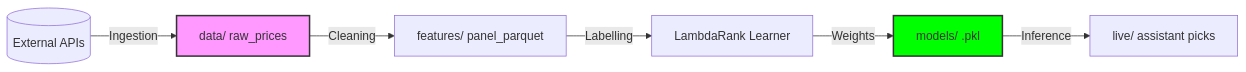
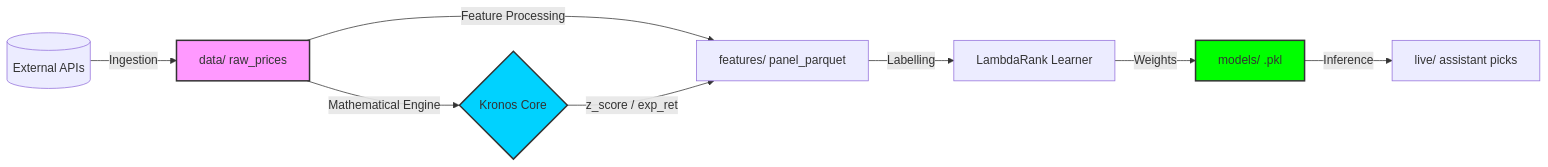
The second of 2 diagrams in README.md (20070316lbw-netizen/Liumon), drawn with Mermaid before and after one commit. The commit also changed other lines of this file and 1 other file, not shown here.

Commit message:
Docs: Update Data Flow to include Kronos Engine as high-order signal provider.

````diff
--- a/README.md
+++ b/README.md
@@ -50,11 +50,14 @@
 ```mermaid
 graph LR
     A[(External APIs)] -- Ingestion --> B[data/ raw_prices]
-    B -- Cleaning --> C[features/ panel_parquet]
+    B -- Feature Processing --> C[features/ panel_parquet]
+    B -- Mathematical Engine --> K{Kronos Core}
+    K -- "z_score / exp_ret" --> C
     C -- Labelling --> D[LambdaRank Learner]
     D -- Weights --> E[models/ .pkl]
     E -- Inference --> F[live/ assistant picks]
     
     style B fill:#f9f,stroke:#333,stroke-width:2px
+    style K fill:#00d2ff,stroke:#333,stroke-width:2px
     style E fill:#00ff00,stroke:#333,stroke-width:2px
 ```
````
